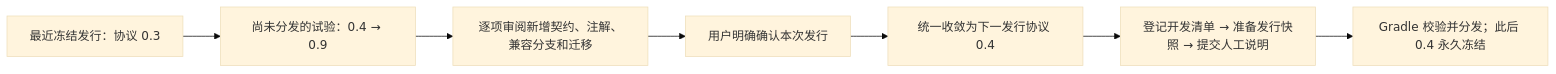
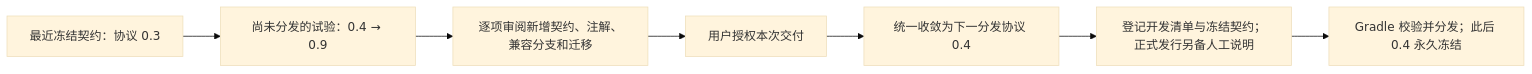
One commit to virjar/team-talk changed the first of 3 diagrams in doc/04-protocol/versioning.md. Above: the diagram before and after it, drawn with Mermaid (base theme). The commit also changed other lines of this file and 17 other files, not shown here.

````diff
--- a/doc/04-protocol/versioning.md
+++ b/doc/04-protocol/versioning.md
@@ -54,9 +67,9 @@
 ```mermaid
 flowchart LR
-    Published["最近冻结发行：协议 0.3"] --> Development["尚未分发的试验：0.4 → 0.9"]
+    Published["最近冻结契约：协议 0.3"] --> Development["尚未分发的试验：0.4 → 0.9"]
     Development --> Review["逐项审阅新增契约、注解、兼容分支和迁移"]
-    Review --> Approval["用户明确确认本次发行"]
-    Approval --> Consolidate["统一收敛为下一发行协议 0.4"]
-    Consolidate --> Record["登记开发清单 → 准备发行快照 → 提交人工说明"]
+    Review --> Approval["用户授权本次交付"]
+    Approval --> Consolidate["统一收敛为下一分发协议 0.4"]
+    Consolidate --> Record["登记开发清单与冻结契约；正式发行另备人工说明"]
     Record --> Release["Gradle 校验并分发；此后 0.4 永久冻结"]
 ```
````
